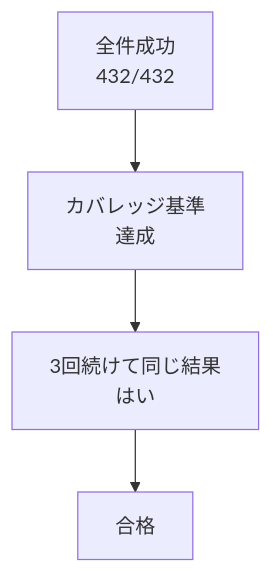
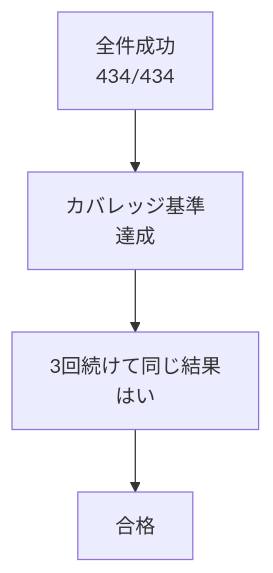
One commit to pocarialice/rpglearning changed the third of 3 diagrams in documents/モジュールテスト結果報告書_RPG学習アプリ.md. Above: the diagram before and after it, drawn with Mermaid. The commit also changed other lines of this file and 1 other file, not shown here.

````diff
--- a/documents/モジュールテスト結果報告書_RPG学習アプリ.md
+++ b/documents/モジュールテスト結果報告書_RPG学習アプリ.md
@@ -997,6 +999,6 @@
 ```mermaid
 flowchart TD
-  A["全件成功<br>432/432"] --> B["カバレッジ基準<br>達成"]
+  A["全件成功<br>434/434"] --> B["カバレッジ基準<br>達成"]
   B --> C["3回続けて同じ結果<br>はい"]
   C --> D["合格"]
 ```
````
